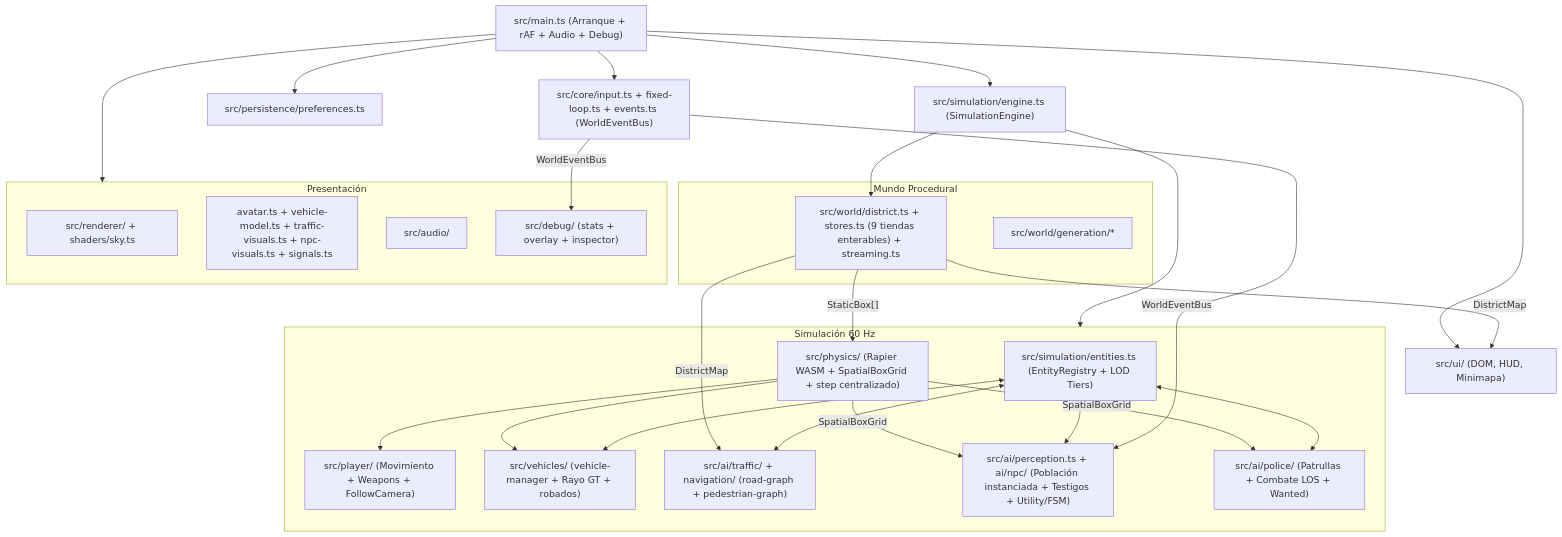
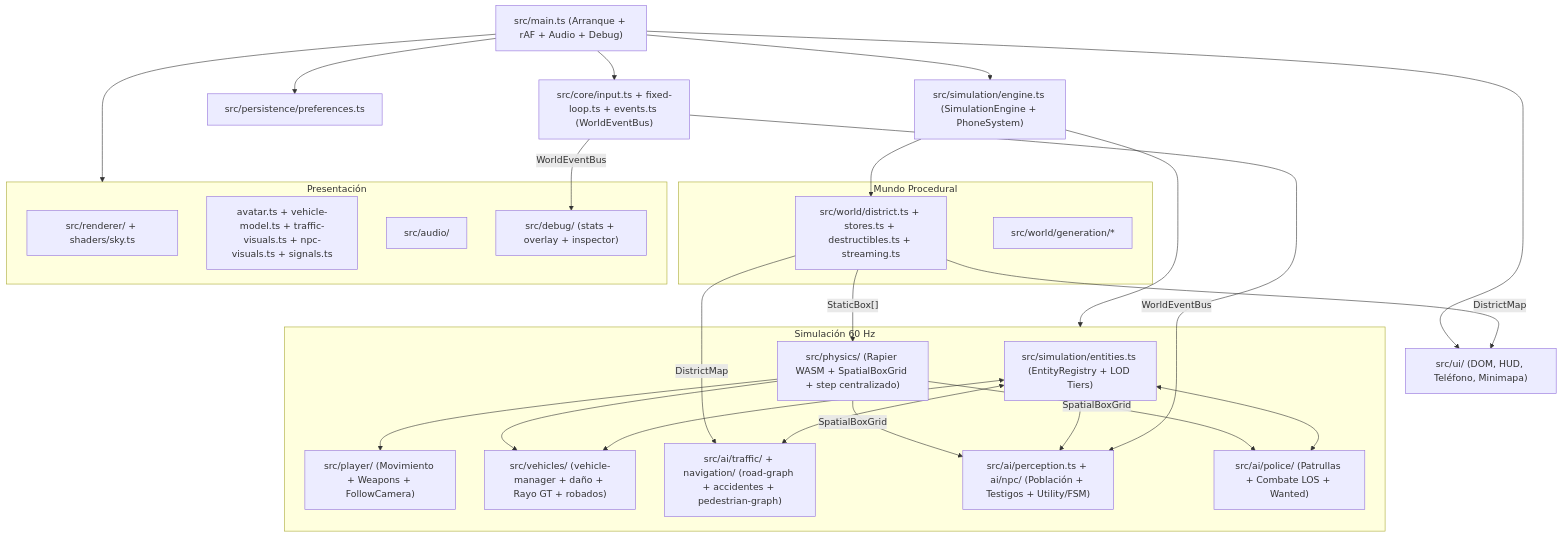
One commit to f6941469-lab/Juego-de-GTA-de-ChatGPT changed the diagram in .ai/architecture/OVERVIEW.md. Above: the diagram before and after it, drawn with Mermaid. The commit also changed other lines of this file and 34 other files, not shown here.

Commit message:
feat(mundo,teléfono): completar fases 4 y 5 con destructibles, accidentes y smartphone diegético

````diff
--- a/.ai/architecture/OVERVIEW.md
+++ b/.ai/architecture/OVERVIEW.md
@@ -14,39 +14,39 @@
 ```mermaid
 flowchart TD
     MAIN["src/main.ts (Arranque + rAF + Audio + Debug)"]
-    UI["src/ui/ (DOM, HUD, Minimapa)"]
+    UI["src/ui/ (DOM, HUD, Teléfono, Minimapa)"]
     IN["src/core/input.ts + fixed-loop.ts + events.ts (WorldEventBus)"]
     PERS["src/persistence/preferences.ts"]
-    ENG["src/simulation/engine.ts (SimulationEngine)"]
+    ENG["src/simulation/engine.ts (SimulationEngine + PhoneSystem)"]
 
     subgraph SIM ["Simulación 60 Hz"]
         ENT["src/simulation/entities.ts (EntityRegistry + LOD Tiers)"]
         PHY["src/physics/ (Rapier WASM + SpatialBoxGrid + step centralizado)"]
         PLR["src/player/ (Movimiento + Weapons + FollowCamera)"]
-        VEH["src/vehicles/ (vehicle-manager + Rayo GT + robados)"]
-        TRF["src/ai/traffic/ + navigation/ (road-graph + pedestrian-graph)"]
-        NPC["src/ai/perception.ts + ai/npc/ (Población instanciada + Testigos + Utility/FSM)"]
+        VEH["src/vehicles/ (vehicle-manager + daño + Rayo GT + robados)"]
+        TRF["src/ai/traffic/ + navigation/ (road-graph + accidentes + pedestrian-graph)"]
+        NPC["src/ai/perception.ts + ai/npc/ (Población + Testigos + Utility/FSM)"]
         POL["src/ai/police/ (Patrullas + Combate LOS + Wanted)"]
     end
 
     subgraph WORLD ["Mundo Procedural"]
-        DIST["src/world/district.ts + stores.ts (9 tiendas enterables) + streaming.ts"]
+        DIST["src/world/district.ts + stores.ts + destructibles.ts + streaming.ts"]
         GEN["src/world/generation/*"]
     end
 
     subgraph PRES ["Presentación"]
         REN["src/renderer/ + shaders/sky.ts"]
         MOD["avatar.ts + vehicle-model.ts + traffic-visuals.ts + npc-visuals.ts + signals.ts"]
         AUD["src/audio/"]
         DBG["src/debug/ (stats + overlay + inspector)"]
     end
 
     MAIN --> IN & UI & PERS & ENG & PRES
     ENG --> SIM & DIST
     DIST -- "StaticBox[]" --> PHY
     PHY -- "SpatialBoxGrid" --> POL & NPC
     DIST -- "DistrictMap" --> TRF & UI
     PHY --> PLR & VEH
     ENT <--> NPC & POL & TRF & VEH
     IN -- "WorldEventBus" --> NPC & DBG
 ```
````
